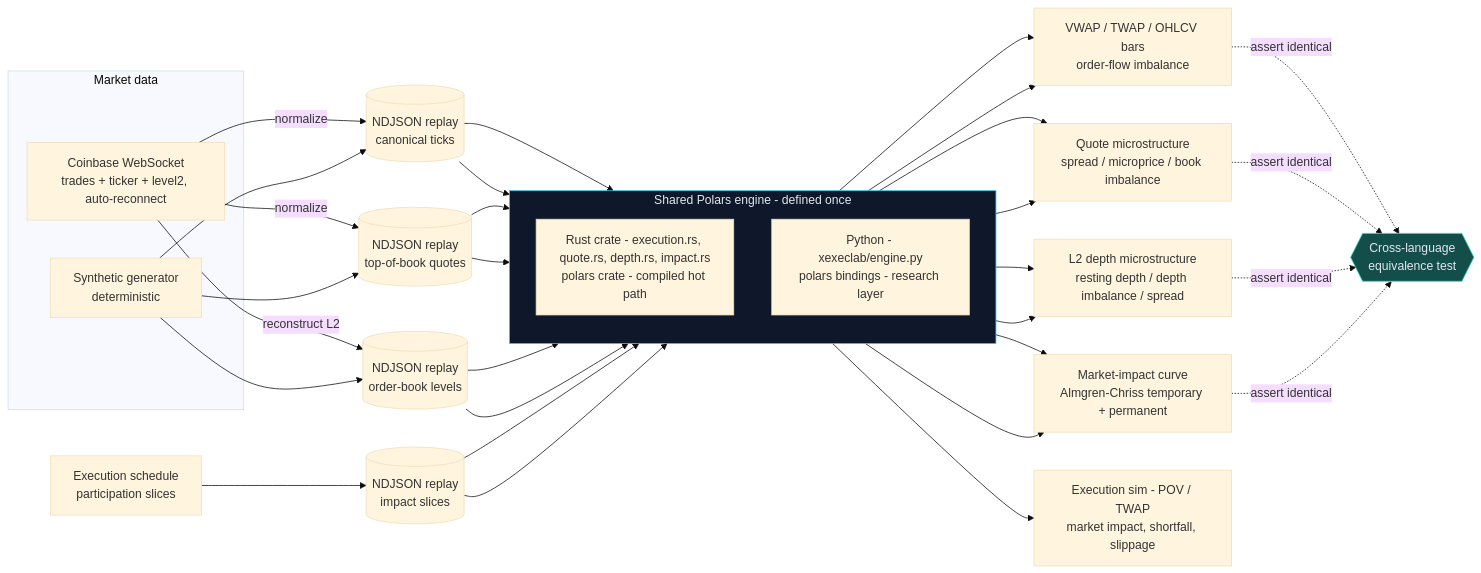
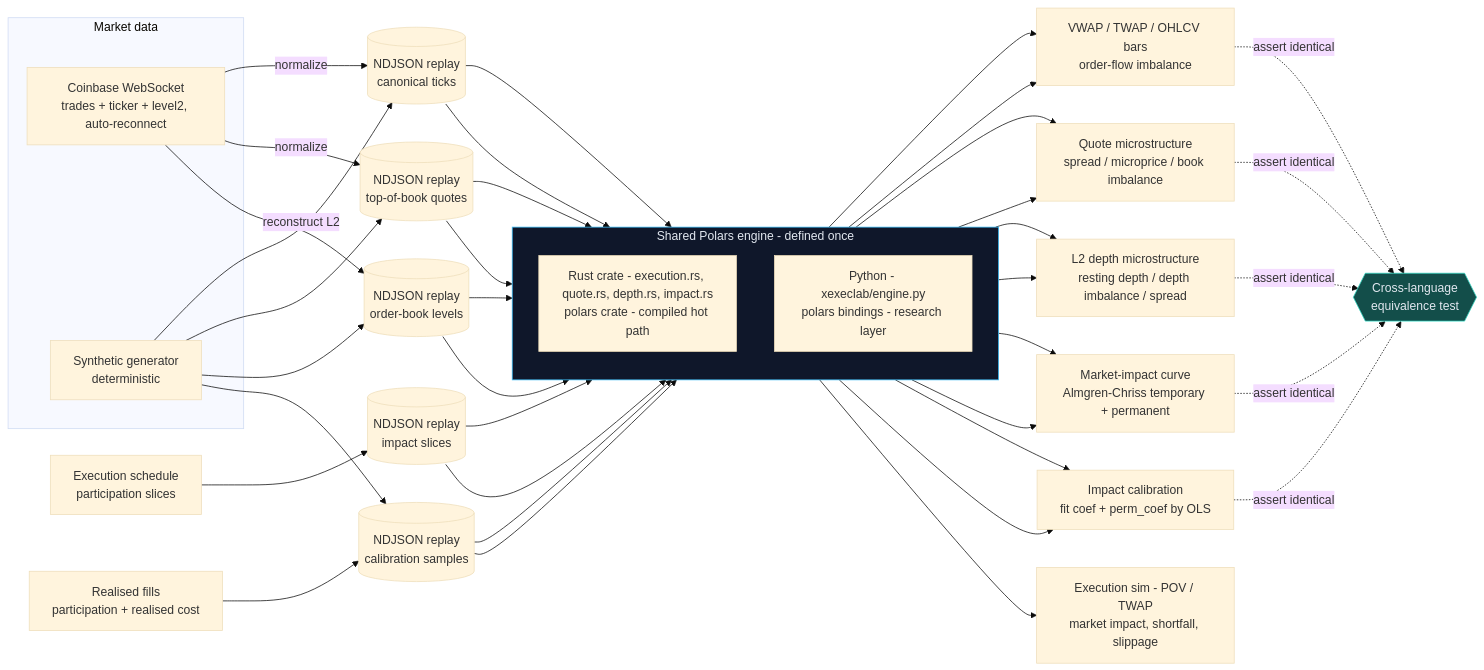
The diagram in README.md (ghoshp83/polars-execution-lab), drawn with Mermaid (base theme) before and after one commit. The commit also changed other lines of this file and 5 other files, not shown here.

First line of the commit message:
docs: release v0.7.0 (impact calibration harness)

````diff
--- a/README.md
+++ b/README.md
@@ -27,47 +27,54 @@
 ```mermaid
 flowchart LR
     subgraph ingest[Market data]
         CB[Coinbase WebSocket<br/>trades + ticker + level2, auto-reconnect]
         SYN[Synthetic generator<br/>deterministic]
     end
     CB -->|normalize| RP[(NDJSON replay<br/>canonical ticks)]
     CB -->|normalize| QRP[(NDJSON replay<br/>top-of-book quotes)]
     CB -->|reconstruct L2| BRP[(NDJSON replay<br/>order-book levels)]
     SCHED[Execution schedule<br/>participation slices] --> IRP[(NDJSON replay<br/>impact slices)]
+    FILLS_IN[Realised fills<br/>participation + realised cost] --> CRP[(NDJSON replay<br/>calibration samples)]
     SYN --> RP
     SYN --> QRP
     SYN --> BRP
+    SYN --> CRP
 
     subgraph engine[Shared Polars engine - defined once]
         direction TB
         RUST["Rust crate - execution.rs, quote.rs, depth.rs, impact.rs<br/>polars crate - compiled hot path"]
         PY["Python - xexeclab/engine.py<br/>polars bindings - research layer"]
     end
 
     RP --> RUST
     RP --> PY
     QRP --> RUST
     QRP --> PY
     BRP --> RUST
     BRP --> PY
     IRP --> RUST
     IRP --> PY
+    CRP --> RUST
+    CRP --> PY
 
     RUST --> BENCH[VWAP / TWAP / OHLCV bars<br/>order-flow imbalance]
     PY --> BENCH
     RUST --> BOOK[Quote microstructure<br/>spread / microprice / book imbalance]
     PY --> BOOK
     RUST --> DEPTH[L2 depth microstructure<br/>resting depth / depth imbalance / spread]
     PY --> DEPTH
     RUST --> IMPACT[Market-impact curve<br/>Almgren-Chriss temporary + permanent]
     PY --> IMPACT
+    RUST --> CALIB[Impact calibration<br/>fit coef + perm_coef by OLS]
+    PY --> CALIB
     PY --> FILLS["Execution sim - POV / TWAP<br/>market impact, shortfall, slippage"]
 
     BENCH -.->|assert identical| EQ{{Cross-language<br/>equivalence test}}
     BOOK -.->|assert identical| EQ
     DEPTH -.->|assert identical| EQ
     IMPACT -.->|assert identical| EQ
+    CALIB -.->|assert identical| EQ
 
     style engine fill:#0f172a,stroke:#38bdf8,color:#e2e8f0
     style EQ fill:#134e4a,stroke:#2dd4bf,color:#e2e8f0
 ```
````
